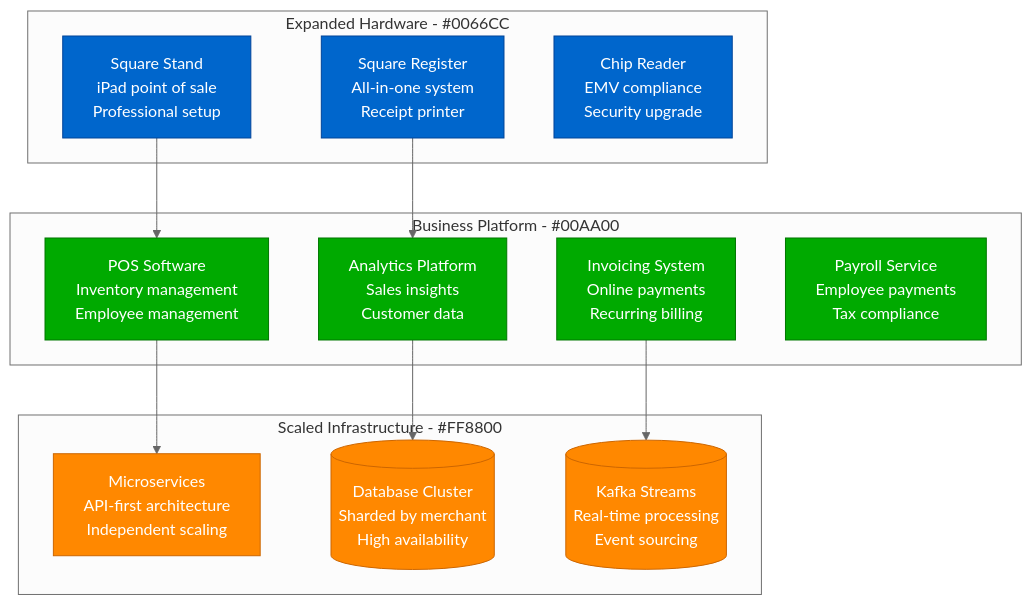
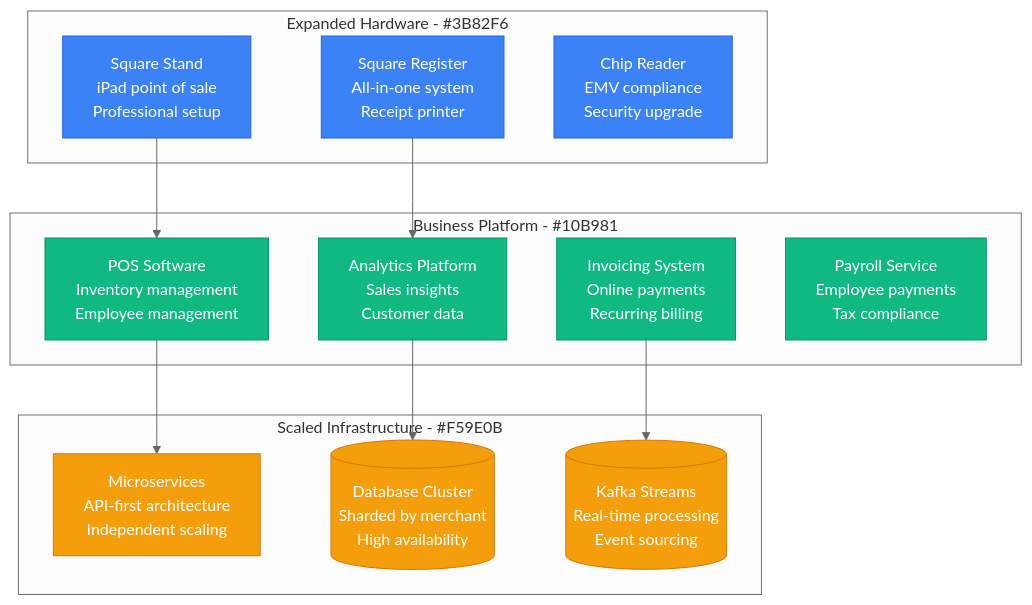
Before and after one commit to deepaucksharma/DS: the second of 3 diagrams in site/docs/scaling/square-scale-evolution.md, drawn with Mermaid (neutral theme). The commit also changed other lines of this file and 187 other files, not shown here.

````diff
--- a/site/docs/scaling/square-scale-evolution.md
+++ b/site/docs/scaling/square-scale-evolution.md
@@ -66,35 +66,35 @@
 ```mermaid
 graph TB
-    subgraph ExpandedHardware[Expanded Hardware - #0066CC]
+    subgraph ExpandedHardware[Expanded Hardware - #3B82F6]
         SQUARE_STAND[Square Stand<br/>iPad point of sale<br/>Professional setup]
         SQUARE_REGISTER[Square Register<br/>All-in-one system<br/>Receipt printer]
         CHIP_READER[Chip Reader<br/>EMV compliance<br/>Security upgrade]
     end
 
-    subgraph BusinessPlatform[Business Platform - #00AA00]
+    subgraph BusinessPlatform[Business Platform - #10B981]
         POS_SOFTWARE[POS Software<br/>Inventory management<br/>Employee management]
         ANALYTICS[Analytics Platform<br/>Sales insights<br/>Customer data]
         INVOICES[Invoicing System<br/>Online payments<br/>Recurring billing]
         PAYROLL[Payroll Service<br/>Employee payments<br/>Tax compliance]
     end
 
-    subgraph ScaledInfra[Scaled Infrastructure - #FF8800]
+    subgraph ScaledInfra[Scaled Infrastructure - #F59E0B]
         MICROSERVICES[Microservices<br/>API-first architecture<br/>Independent scaling]
         DATABASE_CLUSTER[(Database Cluster<br/>Sharded by merchant<br/>High availability)]
         KAFKA_STREAMS[(Kafka Streams<br/>Real-time processing<br/>Event sourcing)]
     end
 
     SQUARE_STAND --> POS_SOFTWARE
     SQUARE_REGISTER --> ANALYTICS
     POS_SOFTWARE --> MICROSERVICES
     ANALYTICS --> DATABASE_CLUSTER
     INVOICES --> KAFKA_STREAMS
 
-    classDef hardwareStyle fill:#0066CC,stroke:#004499,color:#fff
-    classDef platformStyle fill:#00AA00,stroke:#007700,color:#fff
-    classDef infraStyle fill:#FF8800,stroke:#CC6600,color:#fff
+    classDef hardwareStyle fill:#3B82F6,stroke:#2563EB,color:#fff
+    classDef platformStyle fill:#10B981,stroke:#059669,color:#fff
+    classDef infraStyle fill:#F59E0B,stroke:#D97706,color:#fff
 
     class SQUARE_STAND,SQUARE_REGISTER,CHIP_READER hardwareStyle
     class POS_SOFTWARE,ANALYTICS,INVOICES,PAYROLL platformStyle
     class MICROSERVICES,DATABASE_CLUSTER,KAFKA_STREAMS infraStyle
 ```
````
